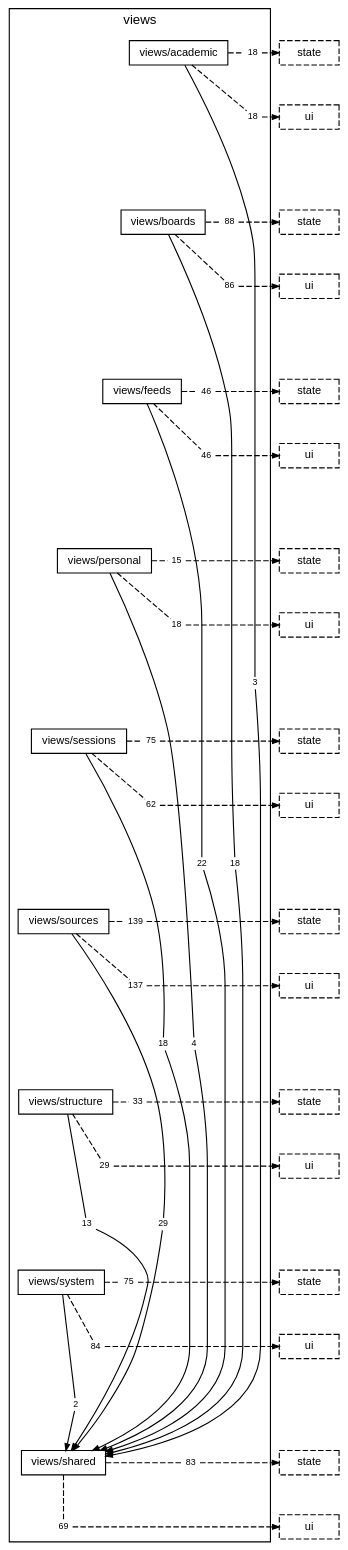
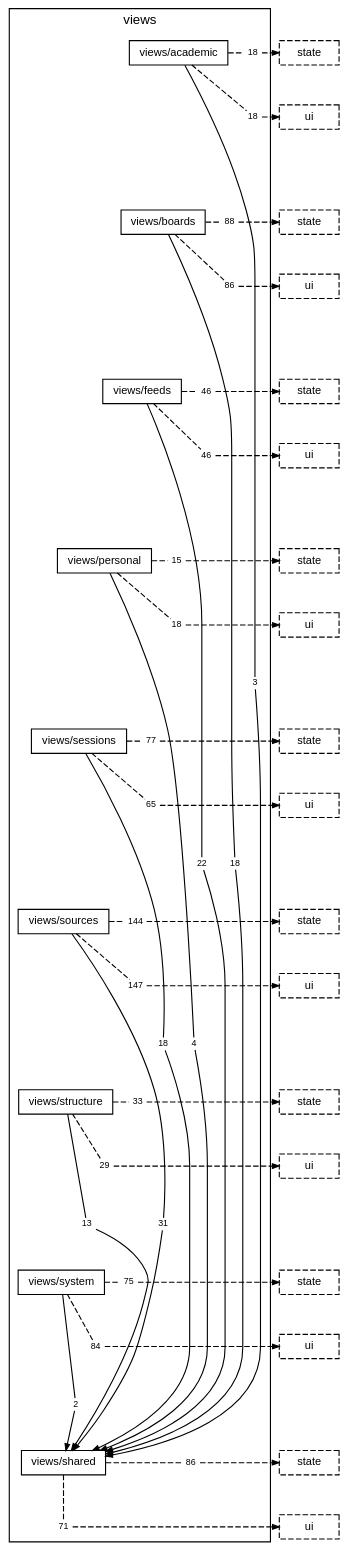
The diagram in docs/diagrams/layer-views.dot (TheAxeC/oculus), drawn with Graphviz before and after one commit. The commit also changed 93 other files, not shown here.

```diff
--- a/docs/diagrams/layer-views.dot
+++ b/docs/diagrams/layer-views.dot
@@ -26,19 +26,19 @@
         "folder views/personal to layer state" [label="15", shape=box, color="transparent", fontsize=8, width=0, height=0, margin="0.04,0.02"];
         "folder views/personal to layer ui" [label="18", shape=box, color="transparent", fontsize=8, width=0, height=0, margin="0.04,0.02"];
         "folder views/sessions to folder views/shared" [label="18", shape=box, color="transparent", fontsize=8, width=0, height=0, margin="0.04,0.02"];
-        "folder views/sessions to layer state" [label="75", shape=box, color="transparent", fontsize=8, width=0, height=0, margin="0.04,0.02"];
-        "folder views/sessions to layer ui" [label="62", shape=box, color="transparent", fontsize=8, width=0, height=0, margin="0.04,0.02"];
-        "folder views/sources to folder views/shared" [label="29", shape=box, color="transparent", fontsize=8, width=0, height=0, margin="0.04,0.02"];
-        "folder views/sources to layer state" [label="139", shape=box, color="transparent", fontsize=8, width=0, height=0, margin="0.04,0.02"];
-        "folder views/sources to layer ui" [label="137", shape=box, color="transparent", fontsize=8, width=0, height=0, margin="0.04,0.02"];
+        "folder views/sessions to layer state" [label="77", shape=box, color="transparent", fontsize=8, width=0, height=0, margin="0.04,0.02"];
+        "folder views/sessions to layer ui" [label="65", shape=box, color="transparent", fontsize=8, width=0, height=0, margin="0.04,0.02"];
+        "folder views/sources to folder views/shared" [label="31", shape=box, color="transparent", fontsize=8, width=0, height=0, margin="0.04,0.02"];
+        "folder views/sources to layer state" [label="144", shape=box, color="transparent", fontsize=8, width=0, height=0, margin="0.04,0.02"];
+        "folder views/sources to layer ui" [label="147", shape=box, color="transparent", fontsize=8, width=0, height=0, margin="0.04,0.02"];
         "folder views/structure to folder views/shared" [label="13", shape=box, color="transparent", fontsize=8, width=0, height=0, margin="0.04,0.02"];
         "folder views/structure to layer state" [label="33", shape=box, color="transparent", fontsize=8, width=0, height=0, margin="0.04,0.02"];
         "folder views/structure to layer ui" [label="29", shape=box, color="transparent", fontsize=8, width=0, height=0, margin="0.04,0.02"];
         "folder views/system to folder views/shared" [label="2", shape=box, color="transparent", fontsize=8, width=0, height=0, margin="0.04,0.02"];
         "folder views/system to layer state" [label="75", shape=box, color="transparent", fontsize=8, width=0, height=0, margin="0.04,0.02"];
         "folder views/system to layer ui" [label="84", shape=box, color="transparent", fontsize=8, width=0, height=0, margin="0.04,0.02"];
-        "folder views/shared to layer state" [label="83", shape=box, color="transparent", fontsize=8, width=0, height=0, margin="0.04,0.02"];
-        "folder views/shared to layer ui" [label="69", shape=box, color="transparent", fontsize=8, width=0, height=0, margin="0.04,0.02"];
+        "folder views/shared to layer state" [label="86", shape=box, color="transparent", fontsize=8, width=0, height=0, margin="0.04,0.02"];
+        "folder views/shared to layer ui" [label="71", shape=box, color="transparent", fontsize=8, width=0, height=0, margin="0.04,0.02"];
     }
     "layer state from folder views/academic" [label="state", style=dashed];
     "layer ui from folder views/academic" [label="ui", style=dashed];
```
